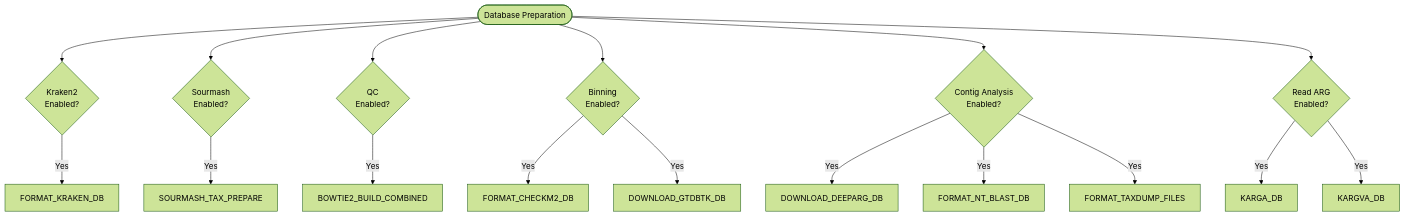
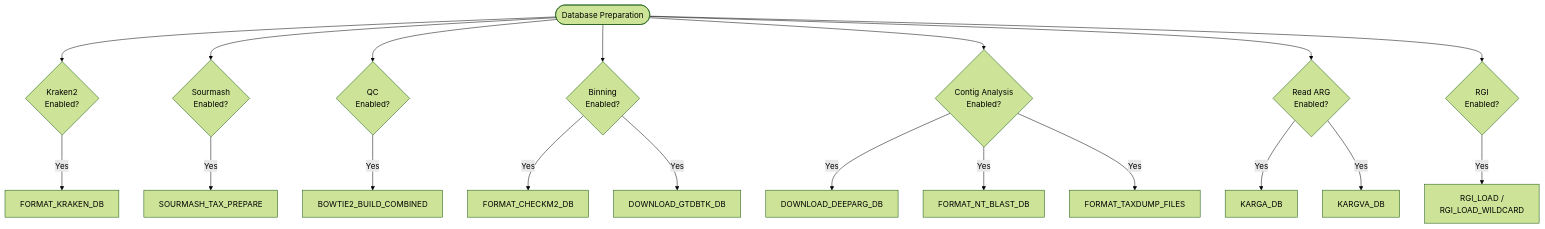
The third of 8 diagrams in docs/WORKFLOW_DIAGRAM.md (gene2dis/BugBuster), drawn with Mermaid (forest theme) before and after one commit. The commit also changed other lines of this file and 17 other files, not shown here.

````diff
--- a/docs/WORKFLOW_DIAGRAM.md
+++ b/docs/WORKFLOW_DIAGRAM.md
@@ -89,20 +94,22 @@
 ```mermaid
 flowchart TD
     Start([Database Preparation]) --> Kraken{Kraken2<br/>Enabled?}
     Start --> Sourmash{Sourmash<br/>Enabled?}
     Start --> QCdb{QC<br/>Enabled?}
     Start --> Bindb{Binning<br/>Enabled?}
     Start --> Contigdb{Contig Analysis<br/>Enabled?}
     Start --> ReadARGdb{Read ARG<br/>Enabled?}
+    Start --> RGIdb{RGI<br/>Enabled?}
     
     Kraken -->|Yes| KrakenDB[FORMAT_KRAKEN_DB]
     Sourmash -->|Yes| SourmashDB[SOURMASH_TAX_PREPARE]
     QCdb -->|Yes| Decontam[BOWTIE2_BUILD_COMBINED]
     Bindb -->|Yes| CheckM2[FORMAT_CHECKM2_DB]
     Bindb -->|Yes| GTDBTK[DOWNLOAD_GTDBTK_DB]
     Contigdb -->|Yes| DeepARG[DOWNLOAD_DEEPARG_DB]
     Contigdb -->|Yes| BLAST[FORMAT_NT_BLAST_DB]
     Contigdb -->|Yes| Taxdump[FORMAT_TAXDUMP_FILES]
     ReadARGdb -->|Yes| KARGA[KARGA_DB]
     ReadARGdb -->|Yes| KARGVA[KARGVA_DB]
+    RGIdb -->|Yes| RGILoad[RGI_LOAD /<br/>RGI_LOAD_WILDCARD]
 ```
````
